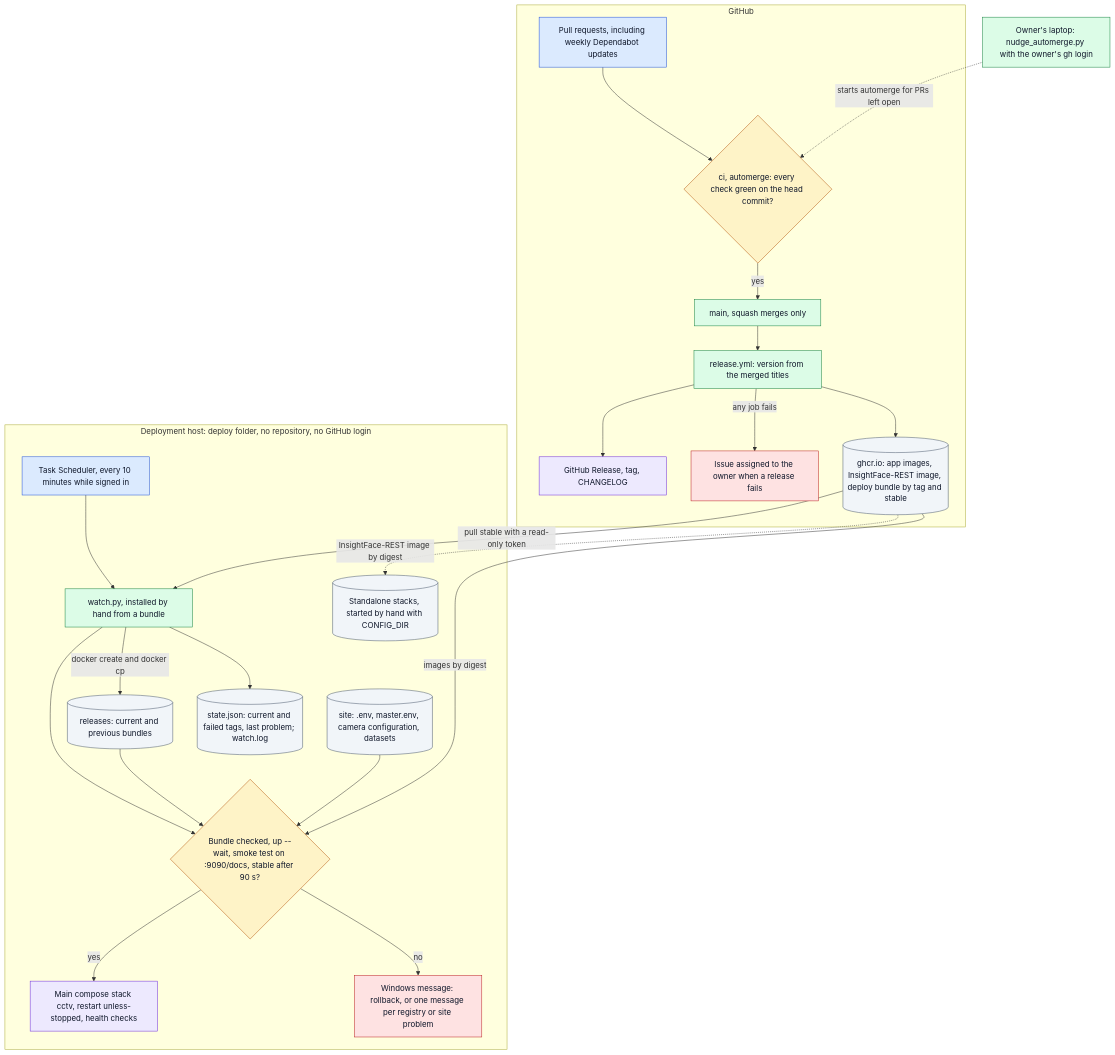
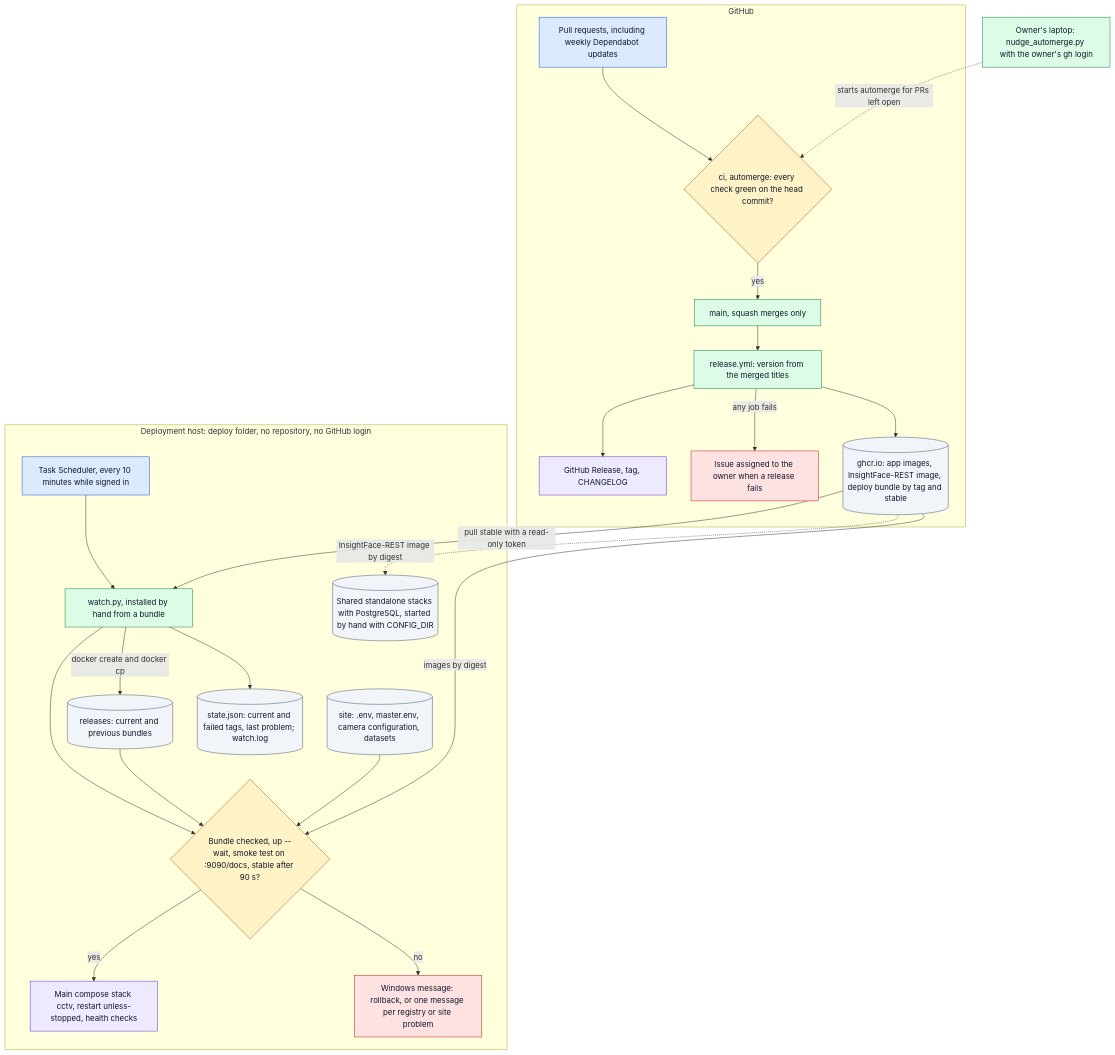
Before and after one commit to hamza-aziz-ai/CCTV-Face-Recognition-Attendance-System: the second of 3 diagrams in docs/ARCHITECTURE.md, drawn with Mermaid. The commit also changed other lines of this file and 11 other files, not shown here.

````diff
--- a/docs/ARCHITECTURE.md
+++ b/docs/ARCHITECTURE.md
@@ -160,48 +162,48 @@
 ```mermaid
 flowchart TB
     subgraph GITHUB["`GitHub`"]
         PRS["`Pull requests, including weekly Dependabot updates`"]:::entry
         GATE{"`ci, automerge: every check green on the head commit?`"}:::decision
         MAIN["`main, squash merges only`"]:::step
         RELWF["`release.yml: version from the merged titles`"]:::step
         REL["`GitHub Release, tag, CHANGELOG`"]:::outcome
         ISSUE["`Issue assigned to the owner when a release fails`"]:::error
         GHCR[("`ghcr.io: app images, InsightFace-REST image, deploy bundle by tag and stable`")]:::store
     end
     NUDGE["`Owner's laptop: nudge_automerge.py with the owner's gh login`"]:::step
     subgraph HOST["`Deployment host: deploy folder, no repository, no GitHub login`"]
         TASK["`Task Scheduler, every 10 minutes while signed in`"]:::entry
         WATCH["`watch.py, installed by hand from a bundle`"]:::step
         BUNDLES[("`releases: current and previous bundles`")]:::store
         SITE[("`site: .env, master.env, camera configuration, datasets`")]:::store
         STATE[("`state.json: current and failed tags, last problem; watch.log`")]:::store
         CHECK{"`Bundle checked, up --wait, smoke test on :9090/docs, stable after 90 s?`"}:::decision
         STACK["`Main compose stack cctv, restart unless-stopped, health checks`"]:::outcome
         MSG["`Windows message: rollback, or one message per registry or site problem`"]:::error
-        SA[("`Standalone stacks, started by hand with CONFIG_DIR`")]:::store
+        SA[("`Shared standalone stacks with PostgreSQL, started by hand with CONFIG_DIR`")]:::store
     end
 
     PRS --> GATE -->|"`yes`"| MAIN --> RELWF
     RELWF --> GHCR
     RELWF --> REL
     RELWF -->|"`any job fails`"| ISSUE
     NUDGE -.->|"`starts automerge for PRs left open`"| GATE
     TASK --> WATCH
     GHCR -->|"`pull stable with a read-only token`"| WATCH
     WATCH -->|"`docker create and docker cp`"| BUNDLES
     WATCH --> CHECK
     BUNDLES --> CHECK
     SITE --> CHECK
     GHCR -->|"`images by digest`"| CHECK
     CHECK -->|"`yes`"| STACK
     CHECK -->|"`no`"| MSG
     WATCH --> STATE
     GHCR -.->|"`InsightFace-REST image by digest`"| SA
 
     classDef entry fill:#dbeafe,stroke:#1d4ed8,color:#0f172a
     classDef step fill:#dcfce7,stroke:#15803d,color:#0f172a
     classDef decision fill:#fef3c7,stroke:#b45309,color:#0f172a
     classDef outcome fill:#ede9fe,stroke:#6d28d9,color:#0f172a
     classDef error fill:#fee2e2,stroke:#b91c1c,color:#0f172a
     classDef store fill:#f1f5f9,stroke:#475569,color:#0f172a
 ```
````
